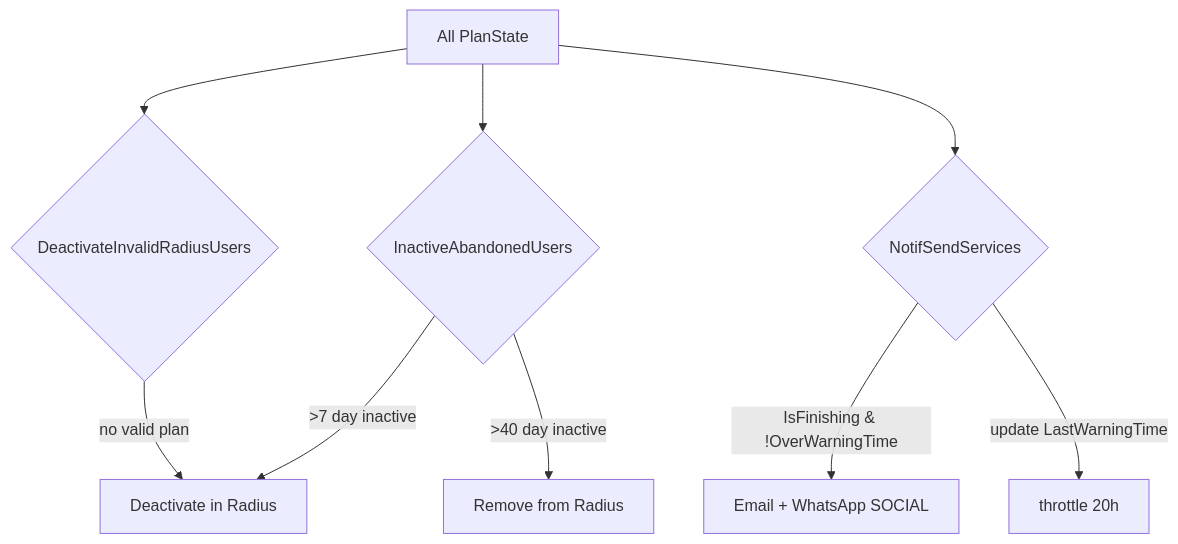
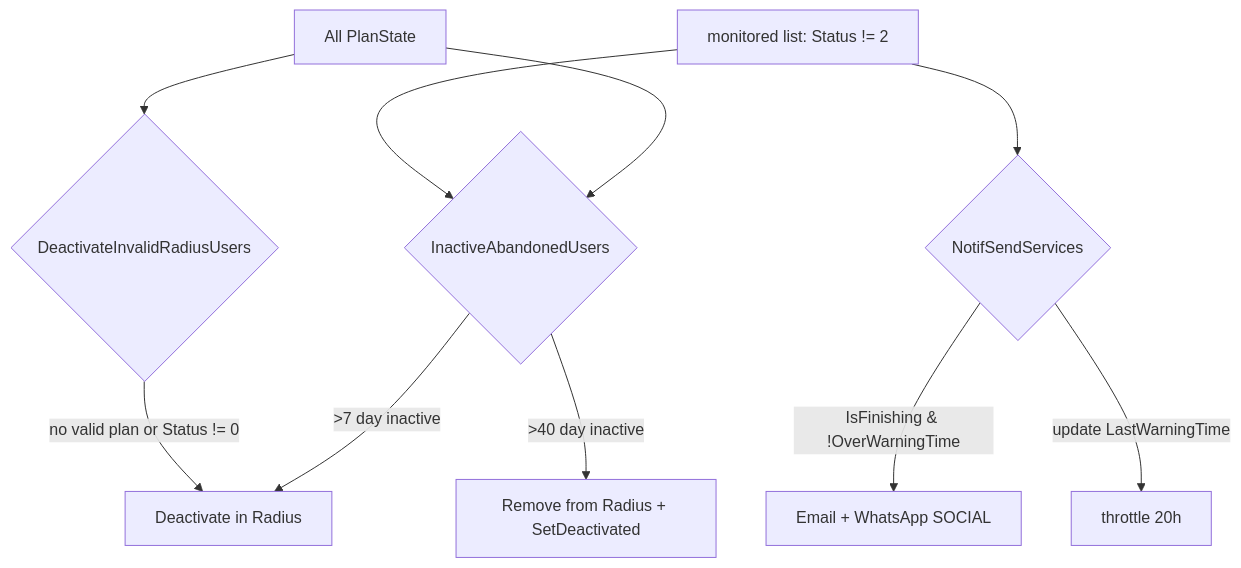
The sixth of 7 diagrams in docs/11-business-flows.md (h-nargesi/Photon-Bypass), drawn with Mermaid before and after one commit. The commit also changed other lines of this file and 51 other files, not shown here.

````diff
--- a/docs/11-business-flows.md
+++ b/docs/11-business-flows.md
@@ -140,11 +140,12 @@
 ```mermaid
 flowchart TB
     PS[All PlanState] --> A{InactiveAbandonedUsers}
     PS --> B{DeactivateInvalidRadiusUsers}
-    PS --> C{NotifSendServices}
+    MON[monitored list: Status != 2] --> A
+    MON --> C{NotifSendServices}
     A -->|>7 day inactive| DA[Deactivate in Radius]
-    A -->|>40 day inactive| RM[Remove from Radius]
-    B -->|no valid plan| DA
+    A -->|>40 day inactive| RM[Remove from Radius + SetDeactivated]
+    B -->|no valid plan or Status != 0| DA
     C -->|IsFinishing &amp; !OverWarningTime| EM[Email + WhatsApp SOCIAL]
     C -->|update LastWarningTime| TH[throttle 20h]
 ```
````
